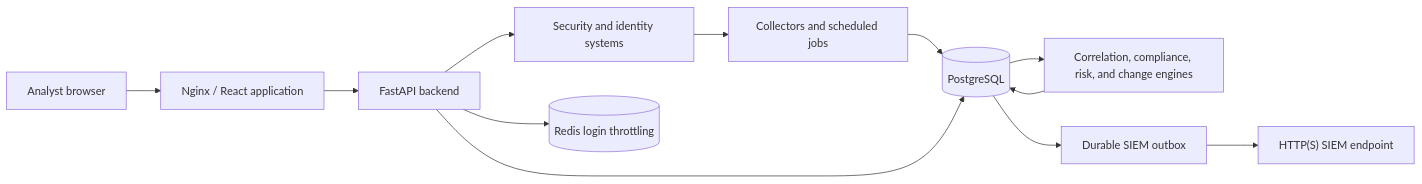
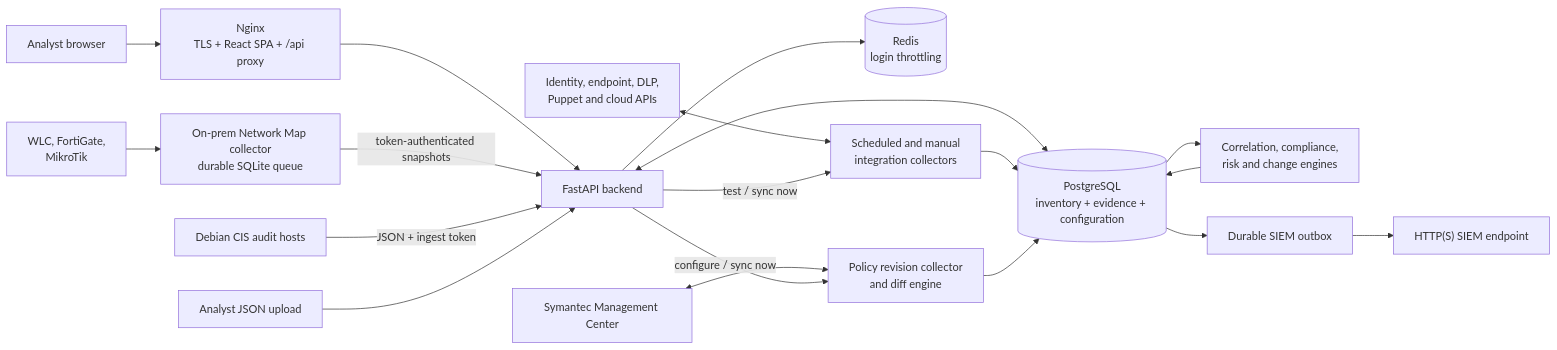
One commit to itamar-raanan/sec360 changed the diagram in README.md. Above: the diagram before and after it, drawn with Mermaid. The commit also changed other lines of this file, not shown here.

Commit message:
Document new features and architecture

````diff
--- a/README.md
+++ b/README.md
@@ -27,14 +27,26 @@
 ```mermaid
 flowchart LR
-    Sources["Security and identity systems"] --> Collectors["Collectors and scheduled jobs"]
-    Collectors --> DB[(PostgreSQL)]
-    DB --> Engines["Correlation, compliance, risk, and change engines"]
+    Browser["Analyst browser"] --> Nginx["Nginx<br/>TLS + React SPA + /api proxy"]
+    Nginx --> API["FastAPI backend"]
+    API --> Redis[("Redis<br/>login throttling")]
+
+    Integrations["Identity, endpoint, DLP,<br/>Puppet and cloud APIs"] <--> Jobs["Scheduled and manual<br/>integration collectors"]
+    API -->|"test / sync now"| Jobs
+
+    NetworkSources["WLC, FortiGate,<br/>MikroTik"] --> EdgeCollector["On-prem Network Map collector<br/>durable SQLite queue"]
+    EdgeCollector -->|"token-authenticated snapshots"| API
+
+    LinuxHosts["Debian CIS audit hosts"] -->|"JSON + ingest token"| API
+    AnalystUpload["Analyst JSON upload"] --> API
+
+    ManagementCenter["Symantec Management Center"] <--> ProxySync["Policy revision collector<br/>and diff engine"]
+    API -->|"configure / sync now"| ProxySync
+
+    API <--> DB[("PostgreSQL<br/>inventory + evidence + configuration")]
+    Jobs --> DB
+    ProxySync --> DB
+    DB --> Engines["Correlation, compliance,<br/>risk and change engines"]
     Engines --> DB
-    Browser["Analyst browser"] --> Nginx["Nginx / React application"]
-    Nginx --> API["FastAPI backend"]
-    API --> DB
-    API --> Redis[(Redis login throttling)]
-    API --> Sources
     DB --> Outbox["Durable SIEM outbox"]
     Outbox --> SIEM["HTTP(S) SIEM endpoint"]
 ```
````
